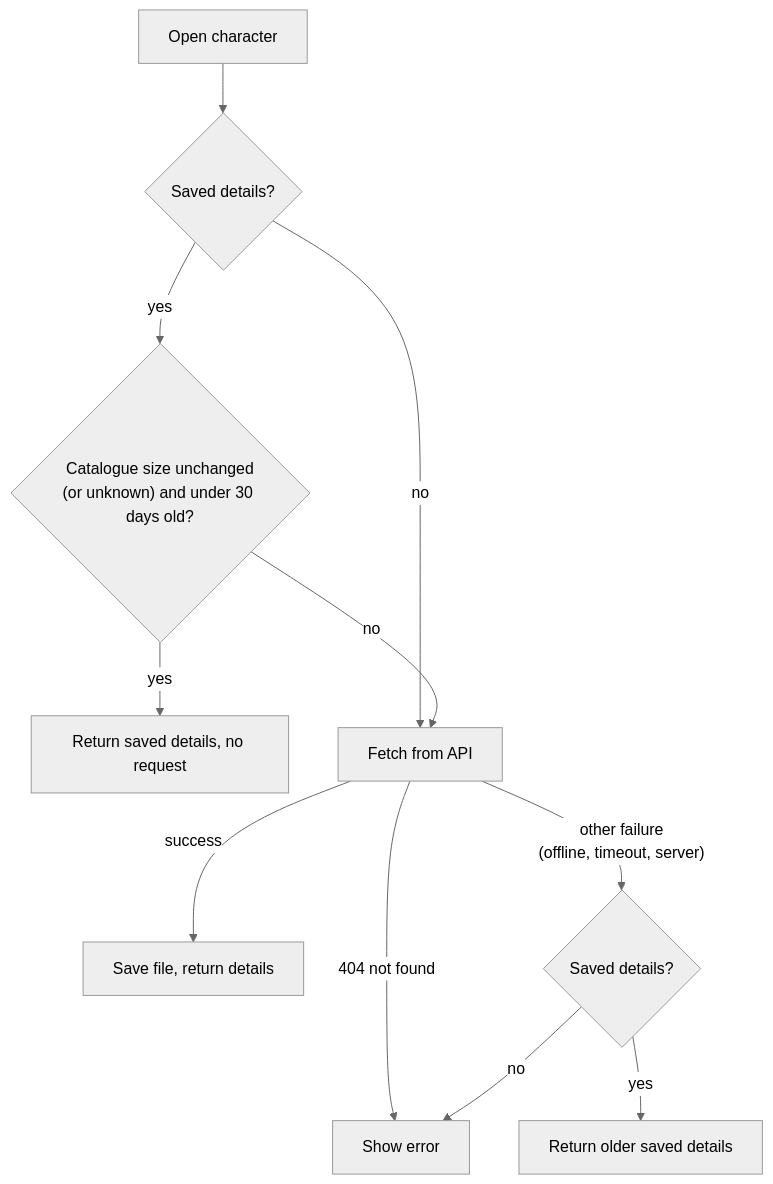
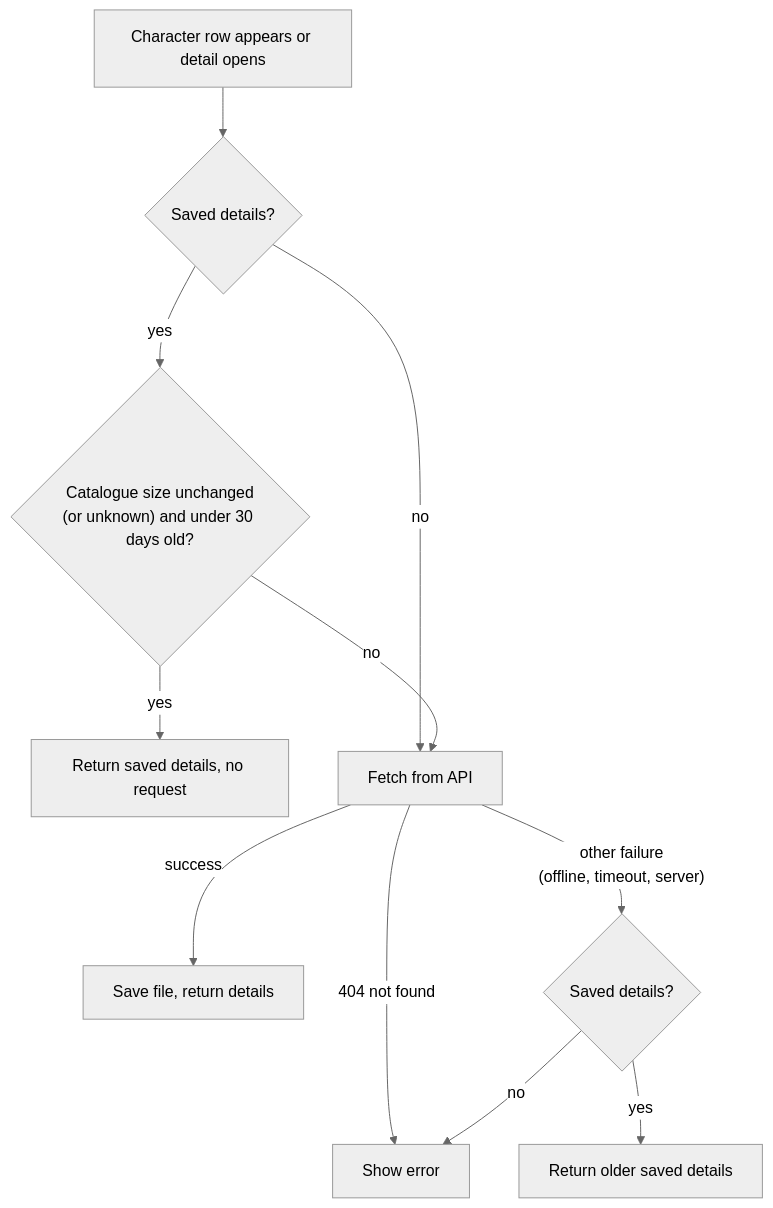
The second of 3 diagrams in docs/design.md (felixinjapan/rick-and-morty-episodes), drawn with Mermaid (neutral theme) before and after one commit. The commit also changed other lines of this file and 8 other files, not shown here.

````diff
--- a/docs/design.md
+++ b/docs/design.md
@@ -27,13 +29,13 @@
 ```mermaid
 flowchart TD
-    A[Open character] --> B{Saved details?}
+    A[Character row appears or detail opens] --> B{Saved details?}
     B -- yes --> C{"Catalogue size unchanged<br/>(or unknown) and under 30 days old?"}
     C -- yes --> R1[Return saved details, no request]
     B -- no --> F[Fetch from API]
     C -- no --> F
     F -- success --> S[Save file, return details]
     F -- "404 not found" --> E[Show error]
     F -- "other failure<br/>(offline, timeout, server)" --> G{Saved details?}
     G -- yes --> R2[Return older saved details]
     G -- no --> E
 ```
````
